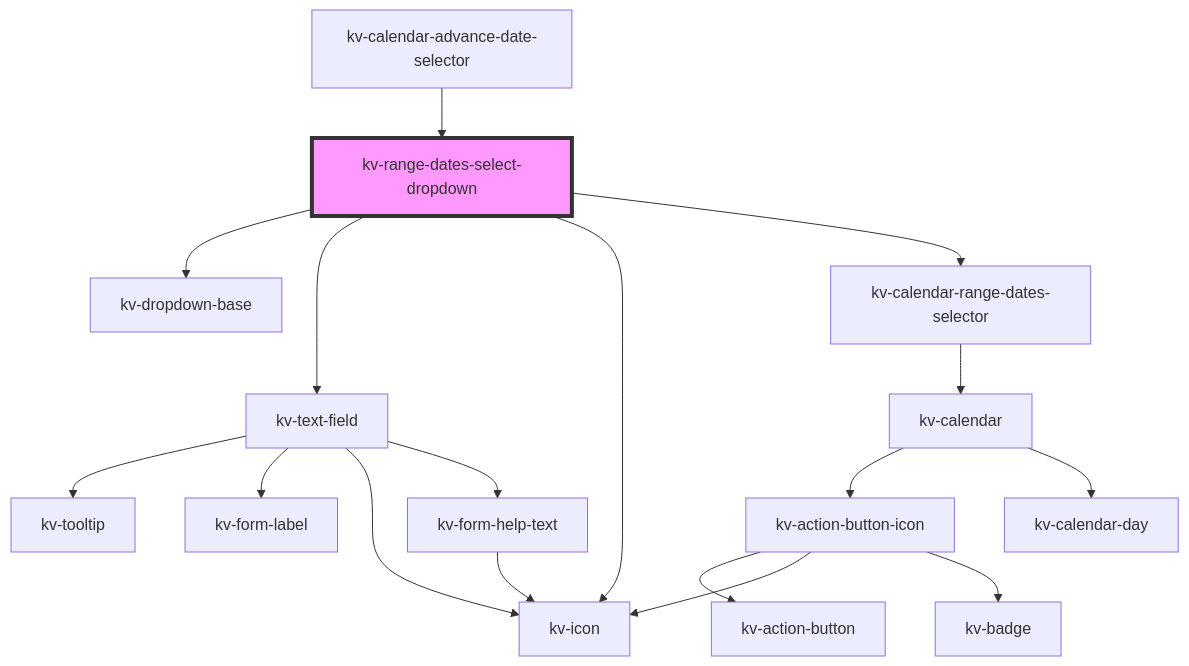
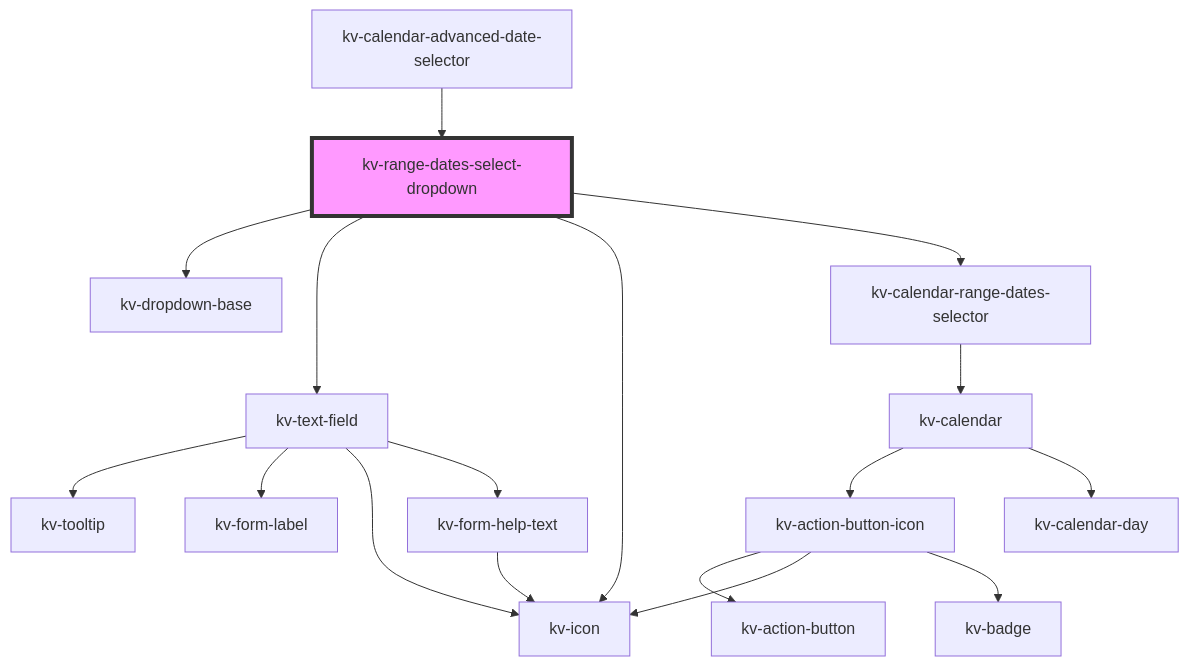
Before and after one commit to kelvininc/ui-components: the diagram in packages/ui-components/src/components/range-dates-select-dropdown/readme.md, drawn with Mermaid. The commit also changed other lines of this file and 74 other files, not shown here.

````diff
--- a/packages/ui-components/src/components/range-dates-select-dropdown/readme.md
+++ b/packages/ui-components/src/components/range-dates-select-dropdown/readme.md
@@ -93,20 +93,20 @@
 ```mermaid
 graph TD;
   kv-range-dates-select-dropdown --> kv-dropdown-base
   kv-range-dates-select-dropdown --> kv-text-field
   kv-range-dates-select-dropdown --> kv-icon
   kv-range-dates-select-dropdown --> kv-calendar-range-dates-selector
   kv-text-field --> kv-tooltip
   kv-text-field --> kv-form-label
   kv-text-field --> kv-icon
   kv-text-field --> kv-form-help-text
   kv-form-help-text --> kv-icon
   kv-calendar-range-dates-selector --> kv-calendar
   kv-calendar --> kv-action-button-icon
   kv-calendar --> kv-calendar-day
   kv-action-button-icon --> kv-action-button
   kv-action-button-icon --> kv-icon
   kv-action-button-icon --> kv-badge
-  kv-calendar-advance-date-selector --> kv-range-dates-select-dropdown
+  kv-calendar-advanced-date-selector --> kv-range-dates-select-dropdown
   style kv-range-dates-select-dropdown fill:#f9f,stroke:#333,stroke-width:4px
 ```
````
